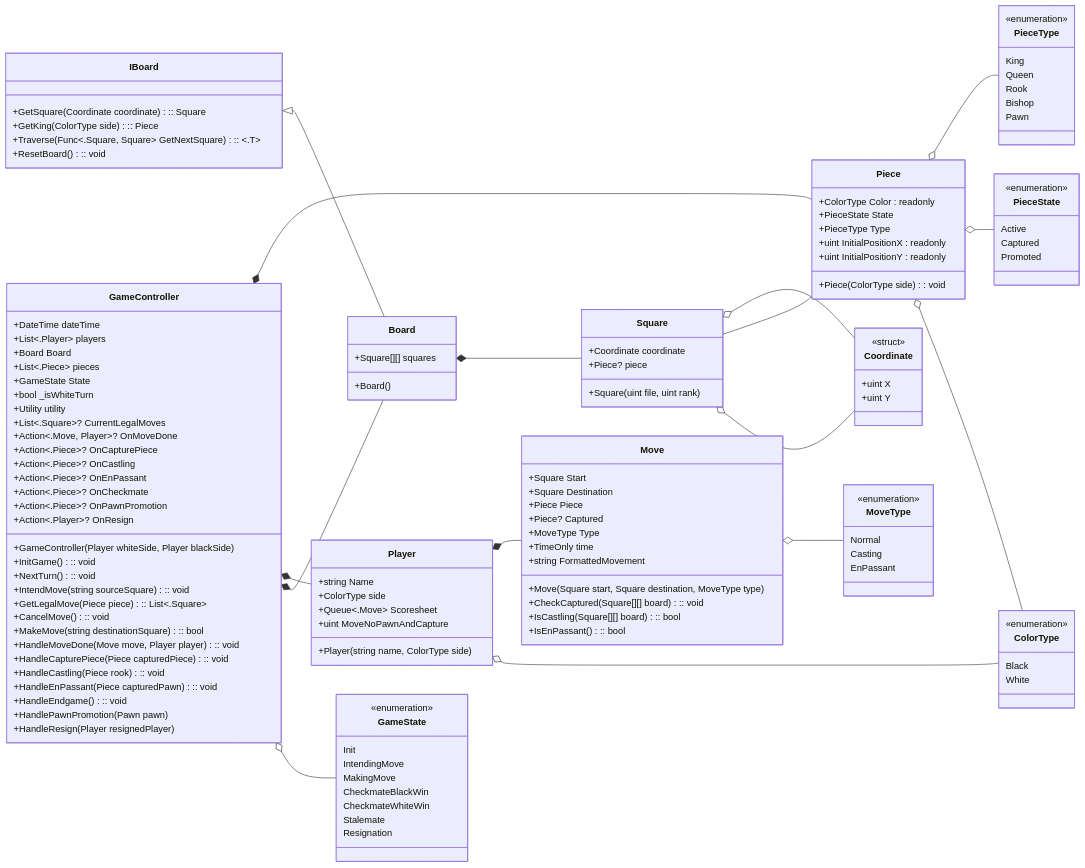
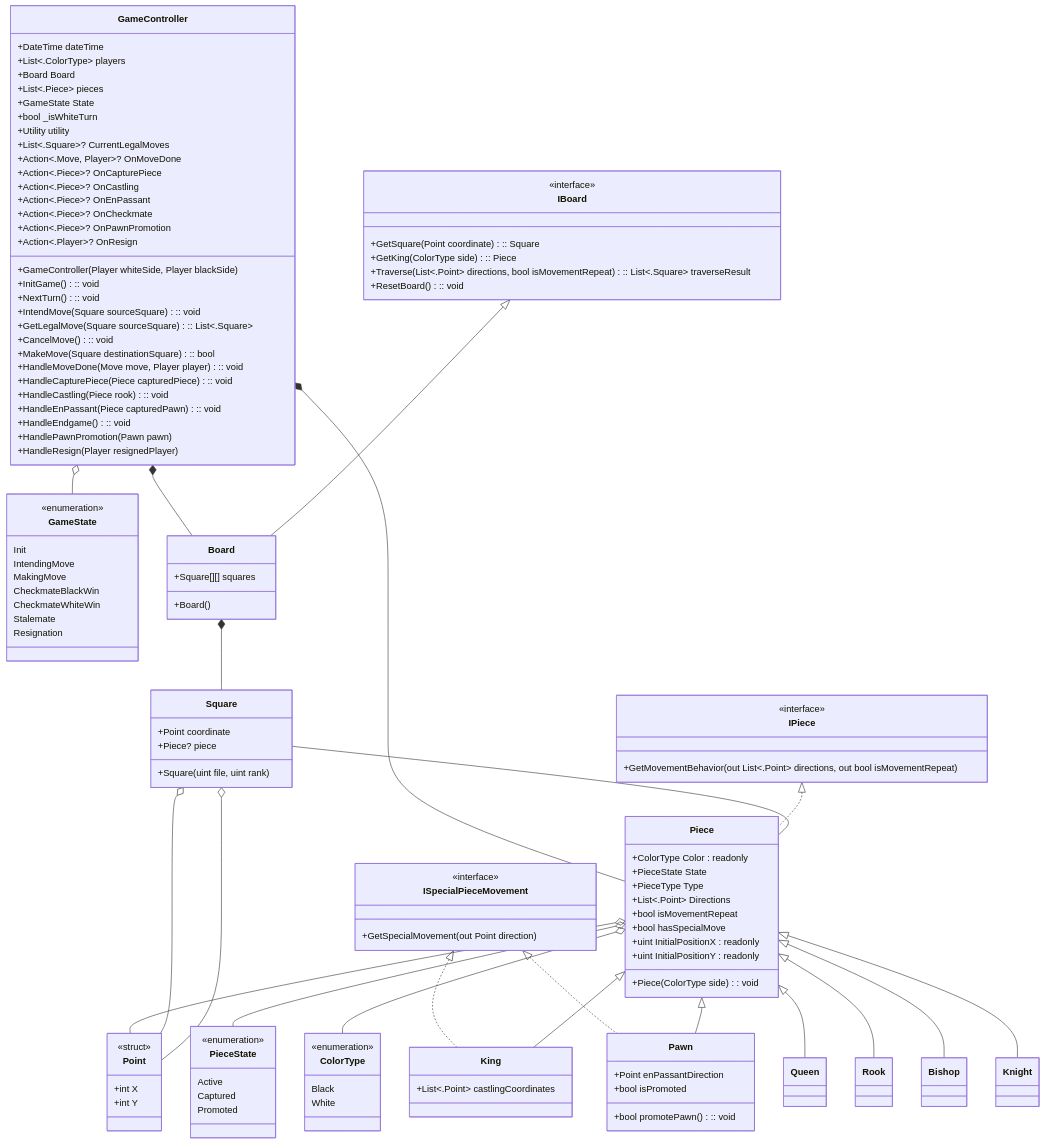
Before and after one commit to borednuna/Formulatrix-Batch-14-Bootcamp: the diagram in Individual Project/Class Diagram/ChessRevision.mmd, drawn with Mermaid.

Commit message:
feat: finalize mmd chess revision

```diff
--- a/Individual Project/Class Diagram/ChessRevision.mmd
+++ b/Individual Project/Class Diagram/ChessRevision.mmd
@@ -1,145 +1,141 @@
 classDiagram
-direction LR
+direction TB
 
 class ColorType {
     Black
     White
 }
 <<enumeration>> ColorType
-
-class MoveType {
-    Normal
-    Casting
-    EnPassant
-}
-<<enumeration>> MoveType
 
 class PieceState {
     Active
     Captured
     Promoted
 }
 <<enumeration>> PieceState
 
 class GameState {
     Init
     IntendingMove
     MakingMove
     CheckmateBlackWin
     CheckmateWhiteWin
     Stalemate
     Resignation
 }
 <<enumeration>> GameState
 
-class PieceType {
-    King
-    Queen
-    Rook
-    Bishop
-    Pawn
+class Point {
+    +int X
+    +int Y
 }
-<<enumeration>> PieceType
-
-class Coordinate {
-    +uint X
-    +uint Y
-}
-<<struct>> Coordinate
+<<struct>> Point
 
 class IBoard {
-    +GetSquare(Coordinate coordinate) :: Square
+    +GetSquare(Point coordinate) :: Square
     +GetKing(ColorType side) :: Piece
-    +Traverse(Func<.Square, Square> GetNextSquare) :: <.T>
+    +Traverse(List<.Point> directions, bool isMovementRepeat) :: List<.Square> traverseResult
     +ResetBoard() :: void
 }
+<<interface>> IBoard
+
+class IPiece {
+    +GetMovementBehavior(out List<.Point> directions, out bool isMovementRepeat)
+}
+<<interface>> IPiece
+
+class ISpecialPieceMovement {
+    +GetSpecialMovement(out Point direction)
+}
+<<interface>> ISpecialPieceMovement
 
 class GameController {
     +DateTime dateTime
-    +List<.Player> players
+    +List<.ColorType> players
     +Board Board
     +List<.Piece> pieces
     +GameState State
     +bool _isWhiteTurn
     +Utility utility
     +List<.Square>? CurrentLegalMoves
     +GameController(Player whiteSide, Player blackSide)
     +InitGame() :: void
     +NextTurn() :: void
-    +IntendMove(string sourceSquare) :: void
-    +GetLegalMove(Piece piece) :: List<.Square>
+    +IntendMove(Square sourceSquare) :: void
+    +GetLegalMove(Square sourceSquare) :: List<.Square>
     +CancelMove() :: void
-    +MakeMove(string destinationSquare) :: bool
+    +MakeMove(Square destinationSquare) :: bool
     +Action<.Move, Player>? OnMoveDone
     +HandleMoveDone(Move move, Player player) :: void
     +Action<.Piece>? OnCapturePiece
     +HandleCapturePiece(Piece capturedPiece) :: void
     +Action<.Piece>? OnCastling
     +HandleCastling(Piece rook) :: void
     +Action<.Piece>? OnEnPassant
     +HandleEnPassant(Piece capturedPawn) :: void
     +Action<.Piece>? OnCheckmate
     +HandleEndgame() :: void
     +Action<.Piece>? OnPawnPromotion
     +HandlePawnPromotion(Pawn pawn)
     +Action<.Player>? OnResign
     +HandleResign(Player resignedPlayer)
 }
 
 class Board {
     +Square[][] squares
     +Board()
 }
 
 class Square {
-    +Coordinate coordinate
+    +Point coordinate
     +Piece? piece
     +Square(uint file, uint rank)
 }
 
 class Piece {
     +ColorType Color : readonly
     +PieceState State
     +PieceType Type
+    +List<.Point> Directions
+    +bool isMovementRepeat
+    +bool hasSpecialMove
     +uint InitialPositionX : readonly
     +uint InitialPositionY : readonly
     +Piece(ColorType side) : void
 }
 
-class Player {
-    +string Name
-    +ColorType side
-    +Queue<.Move> Scoresheet
-    +uint MoveNoPawnAndCapture
-    +Player(string name, ColorType side)
+class King {
+    +List<.Point> castlingCoordinates
 }
 
-class Move {
-    +Square Start
-    +Square Destination
-    +Piece Piece
-    +Piece? Captured
-    +MoveType Type
-    +TimeOnly time
-    +string FormattedMovement
-    +Move(Square start, Square destination, MoveType type)
-    +CheckCaptured(Square[][] board) :: void
-    +IsCastling(Square[][] board) :: bool
-    +IsEnPassant() :: bool
+class Pawn {
+    +Point enPassantDirection
+    +bool isPromoted
+    +bool promotePawn() :: void
 }
+
+class Queen
+class Knight
+class Rook
+class Bishop
 
 Board *-- Square
 GameController *-- Piece
-GameController *-- Player
 GameController *-- Board
 GameController o-- GameState
 IBoard <|-- Board
-Move o-- MoveType
-Piece o-- PieceType
+IPiece <|.. Piece
+ISpecialPieceMovement <|.. Pawn
+ISpecialPieceMovement <|.. King
 Piece o-- PieceState
 Piece o-- ColorType
-Player *-- Move
-Player o-- ColorType
-Square o-- Coordinate
+Piece o-- Point
+Piece <|-- King
+Piece <|-- Pawn
+Piece <|-- Queen
+Piece <|-- Rook
+Piece <|-- Bishop
+Piece <|-- Knight
+Square o-- Point
 Square -- Piece
-Square o-- Coordinate
+Square o-- Point
```
